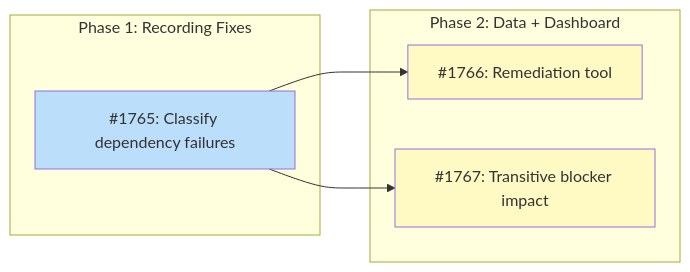
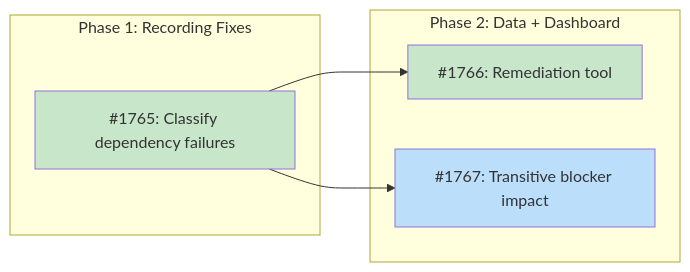
The diagram in docs/designs/DESIGN-pipeline-blocker-tracking.md (tsukumogami/tsuku), drawn with Mermaid before and after one commit. The commit also changed other lines of this file and 3 other files, not shown here.

````diff
--- a/docs/designs/DESIGN-pipeline-blocker-tracking.md
+++ b/docs/designs/DESIGN-pipeline-blocker-tracking.md
@@ -46,23 +46,24 @@
 ```mermaid
 graph LR
     subgraph Phase1["Phase 1: Recording Fixes"]
         I1765["#1765: Classify dependency failures"]
     end
 
     subgraph Phase2["Phase 2: Data + Dashboard"]
         I1766["#1766: Remediation tool"]
         I1767["#1767: Transitive blocker impact"]
     end
 
     I1765 --> I1766
     I1765 --> I1767
 
     classDef done fill:#c8e6c9
     classDef ready fill:#bbdefb
     classDef blocked fill:#fff9c4
     classDef needsDesign fill:#e1bee7
     classDef tracksDesign fill:#FFE0B2,stroke:#F57C00,color:#000
 
-    class I1765 ready
-    class I1766,I1767 blocked
+    class I1765 done
+    class I1766 done
+    class I1767 ready
 ```
````
